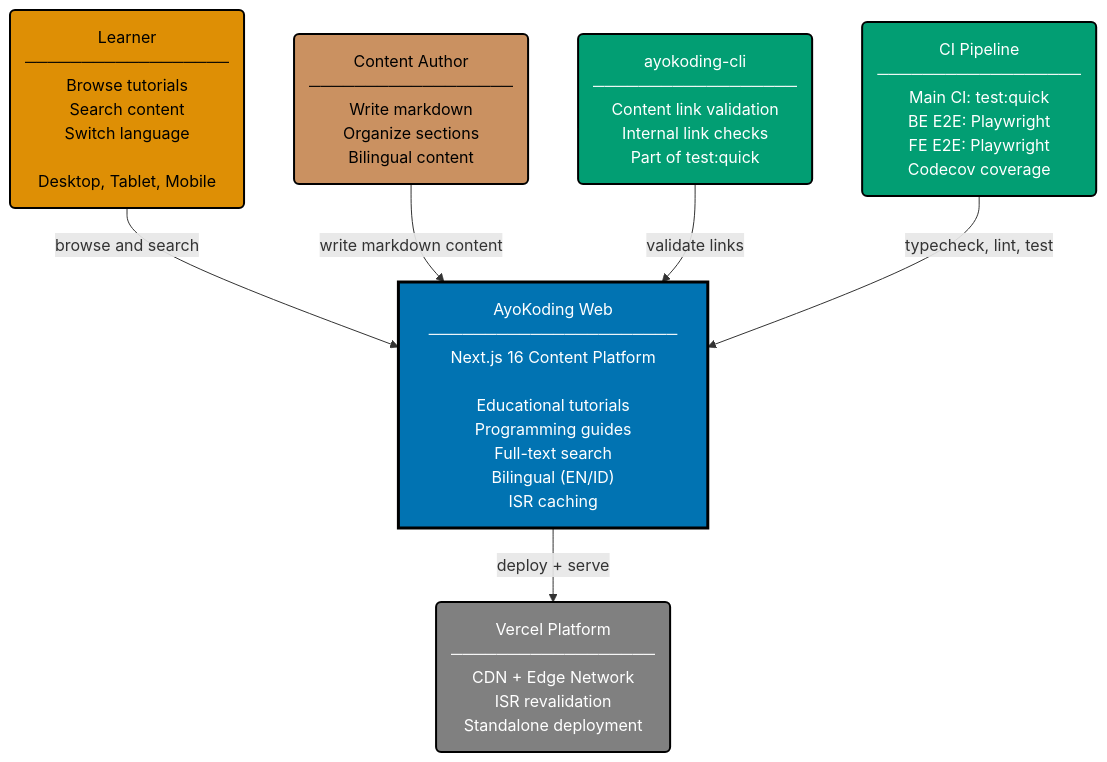
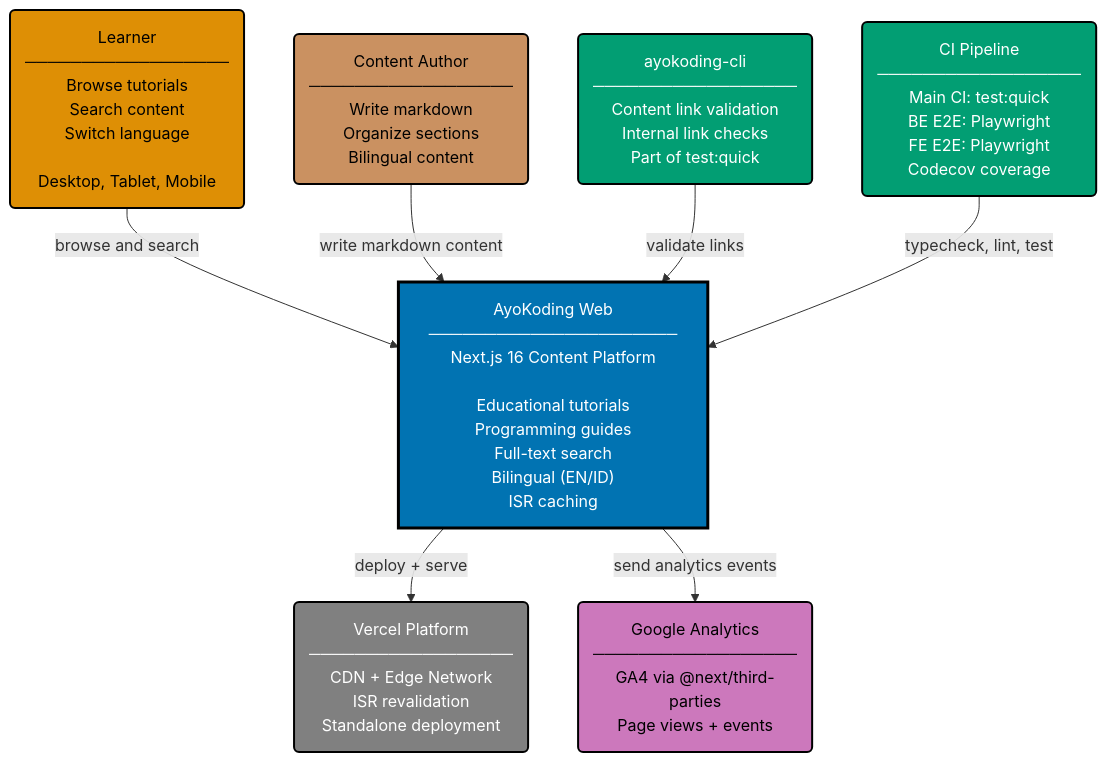
Before and after one commit to wahidyankf/open-sharia-enterprise: the diagram in specs/apps/ayokoding-web/c4/context.md, drawn with Mermaid. The commit also changed other lines of this file and 1 other file, not shown here.

First line of the commit message:
docs(specs): update ayokoding-web C4 diagrams with accurate content count and GA4

````diff
--- a/specs/apps/ayokoding-web/c4/context.md
+++ b/specs/apps/ayokoding-web/c4/context.md
@@ -7,27 +7,31 @@
 ```mermaid
 %% Color Palette: Blue #0173B2 | Orange #DE8F05 | Teal #029E73 | Purple #CC78BC | Brown #CA9161 | Gray #808080
 graph TD
     LEARNER("Learner<br/>──────────────────<br/>Browse tutorials<br/>Search content<br/>Switch language<br/><br/>Desktop, Tablet, Mobile"):::actor
 
     AUTHOR("Content Author<br/>──────────────────<br/>Write markdown<br/>Organize sections<br/>Bilingual content"):::actor_author
 
     SYSTEM["AyoKoding Web<br/>──────────────────────<br/>Next.js 16 Content Platform<br/><br/>Educational tutorials<br/>Programming guides<br/>Full-text search<br/>Bilingual (EN/ID)<br/>ISR caching"]:::system
 
     CLI("ayokoding-cli<br/>──────────────────<br/>Content link validation<br/>Internal link checks<br/>Part of test:quick"):::ci
 
     CI("CI Pipeline<br/>──────────────────<br/>Main CI: test:quick<br/>BE E2E: Playwright<br/>FE E2E: Playwright<br/>Codecov coverage"):::ci
 
     VERCEL("Vercel Platform<br/>──────────────────<br/>CDN + Edge Network<br/>ISR revalidation<br/>Standalone deployment"):::infra
 
+    GA4("Google Analytics<br/>──────────────────<br/>GA4 via @next/third-parties<br/>Page views + events"):::external
+
     LEARNER -->|"browse and search"| SYSTEM
     AUTHOR -->|"write markdown content"| SYSTEM
     CLI -->|"validate links"| SYSTEM
     CI -->|"typecheck, lint, test"| SYSTEM
     SYSTEM -->|"deploy + serve"| VERCEL
+    SYSTEM -->|"send analytics events"| GA4
 
     classDef actor fill:#DE8F05,stroke:#000000,color:#000000,stroke-width:2px
     classDef actor_author fill:#CA9161,stroke:#000000,color:#000000,stroke-width:2px
     classDef system fill:#0173B2,stroke:#000000,color:#FFFFFF,stroke-width:3px
     classDef ci fill:#029E73,stroke:#000000,color:#FFFFFF,stroke-width:2px
     classDef infra fill:#808080,stroke:#000000,color:#FFFFFF,stroke-width:2px
+    classDef external fill:#CC78BC,stroke:#000000,color:#000000,stroke-width:2px
 ```
````
